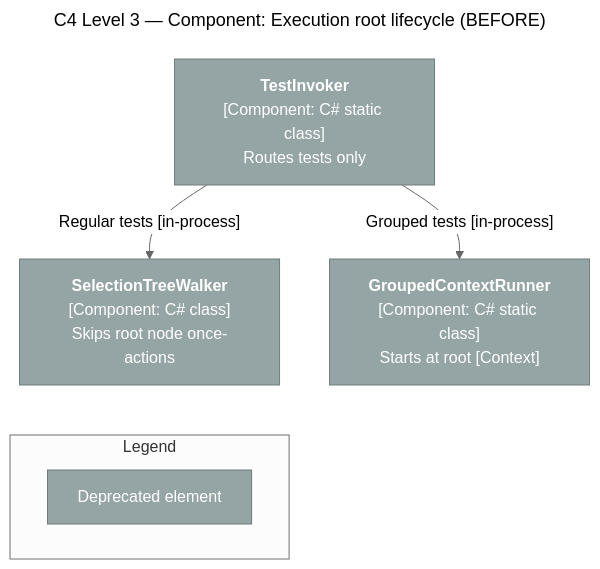
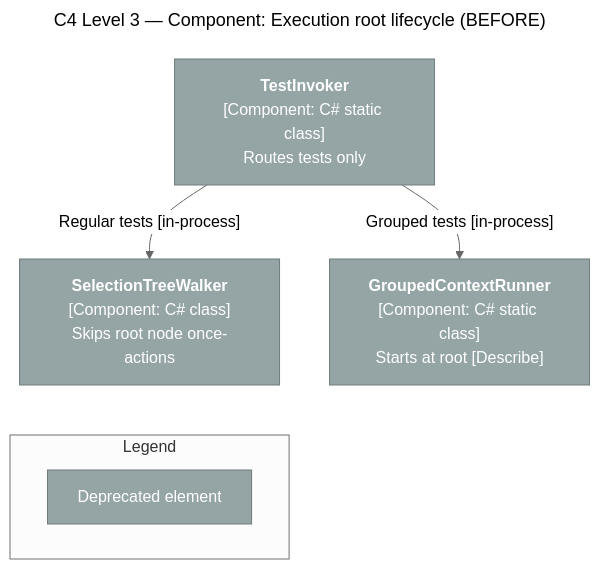
The tenth of 22 diagrams in memory-bank/systemPatterns.md (yozepi/Specs), drawn with Mermaid before and after one commit. The commit also changed other lines of this file and 54 other files, not shown here.

First line of the commit message:
Rename ContextAttribute to DescribeAttribute

````diff
--- a/memory-bank/systemPatterns.md
+++ b/memory-bank/systemPatterns.md
@@ -444,22 +444,22 @@
 ```mermaid
 ---
 title: "C4 Level 3 — Component: Execution root lifecycle (BEFORE)"
 ---
 %%{init: {'theme': 'neutral'}}%%
 flowchart TD
     INV["<b>TestInvoker</b><br/>[Component: C# static class]<br/>Routes tests only"]:::deprecated
     SW["<b>SelectionTreeWalker</b><br/>[Component: C# class]<br/>Skips root node once-actions"]:::deprecated
-    GR["<b>GroupedContextRunner</b><br/>[Component: C# static class]<br/>Starts at root [Context]"]:::deprecated
+    GR["<b>GroupedContextRunner</b><br/>[Component: C# static class]<br/>Starts at root [Describe]"]:::deprecated
 
     INV -->|"Regular tests [in-process]"| SW
     INV -->|"Grouped tests [in-process]"| GR
 
     subgraph LEGEND["Legend"]
         direction LR
         L1["Deprecated element"]:::deprecated
     end
 
     SW ~~~ LEGEND
 
     classDef deprecated fill:#95A5A6,stroke:#707B7C,color:#fff
 ```
````
